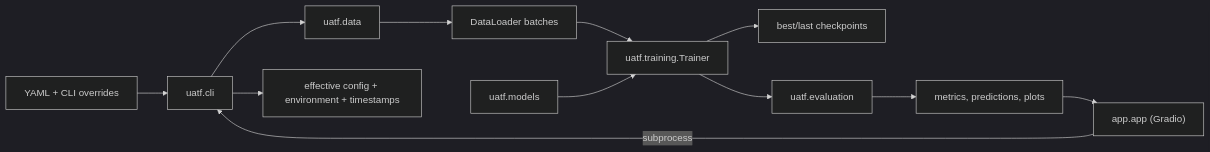
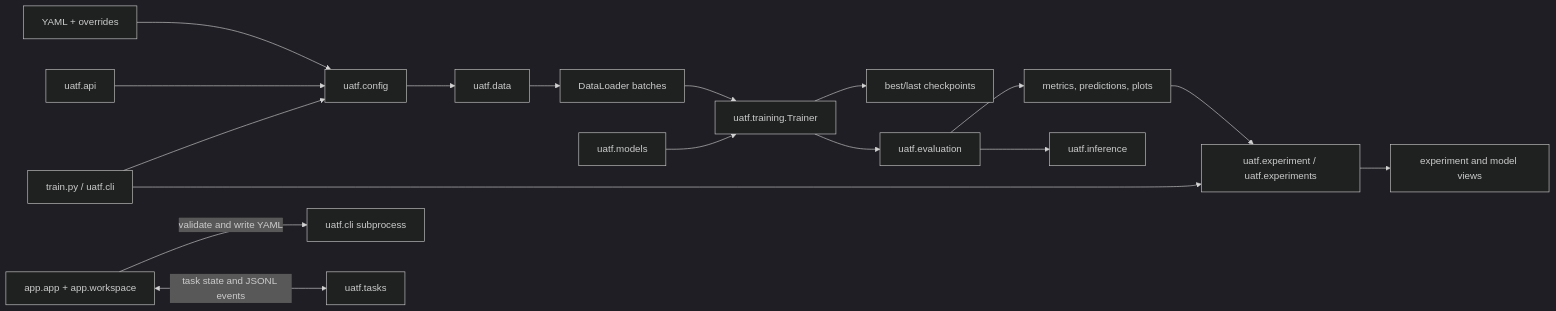
The diagram in docs/architecture.md (Ming2158/universal-ai-training-framework), drawn with Mermaid (dark theme) before and after one commit. The commit also changed other lines of this file and 67 other files, not shown here.

````diff
--- a/docs/architecture.md
+++ b/docs/architecture.md
@@ -7,14 +7,19 @@
 ```mermaid
 flowchart LR
-    Config["YAML + CLI overrides"] --> CLI["uatf.cli"]
-    Data["uatf.data"] --> Loaders["DataLoader batches"]
-    CLI --> Data
+    YAML["YAML + overrides"] --> Config["uatf.config"]
+    API["uatf.api"] --> Config
+    CLI["train.py / uatf.cli"] --> Config
+    GUI["app.app + app.workspace"] -->|"validate and write YAML"| Child["uatf.cli subprocess"]
+    GUI <-->|"task state and JSONL events"| Tasks["uatf.tasks"]
+    Config --> Data["uatf.data"]
+    Data --> Loaders["DataLoader batches"]
     Loaders --> Trainer["uatf.training.Trainer"]
     Models["uatf.models"] --> Trainer
     Trainer --> Checkpoints["best/last checkpoints"]
     Trainer --> Evaluation["uatf.evaluation"]
-    Evaluation --> Artifacts["metrics, predictions, plots"]
-    CLI --> RunRecord["effective config + environment + timestamps"]
-    UI["app.app (Gradio)"] -->|"subprocess"| CLI
-    Artifacts --> UI
+    Evaluation --> Outputs["metrics, predictions, plots"]
+    CLI --> Experiments["uatf.experiment / uatf.experiments"]
+    Outputs --> Experiments
+    Experiments --> UIViews["experiment and model views"]
+    Evaluation --> Inference["uatf.inference"]
 ```
````
